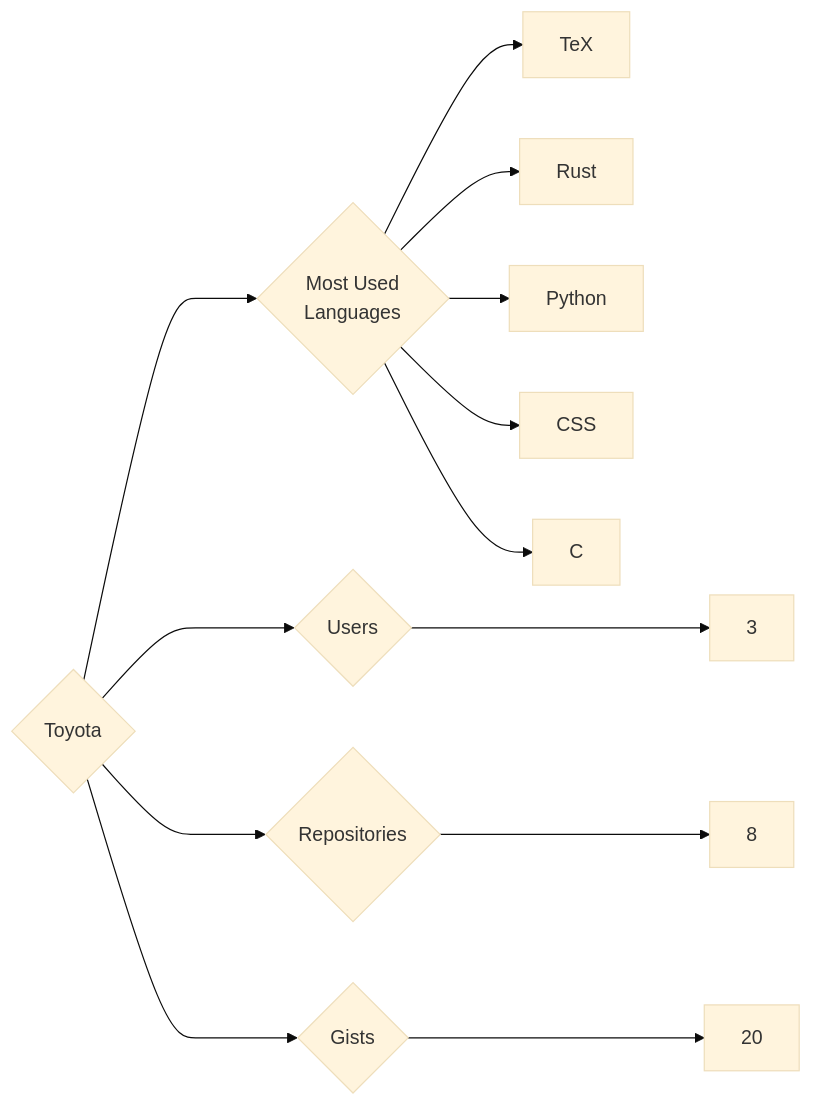
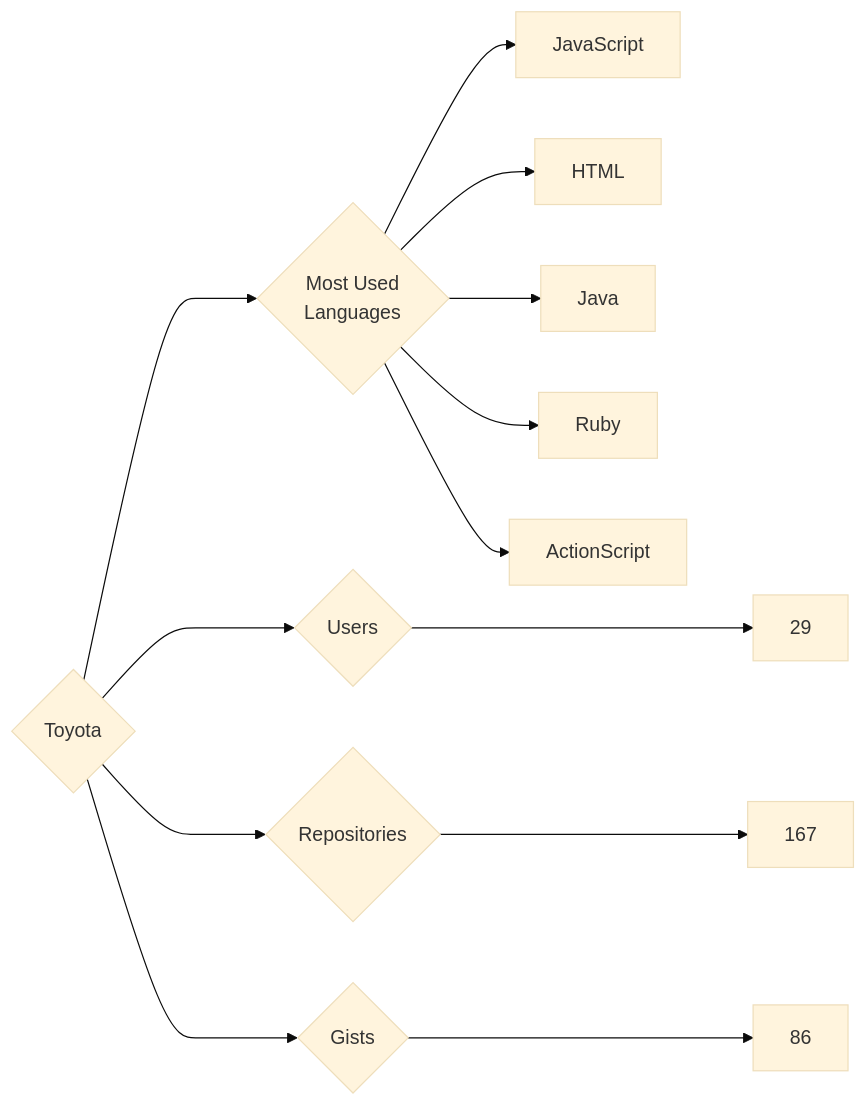
One commit to trickest/insiders changed the diagram in targets/Toyota/README.md. Above: the diagram before and after it, drawn with Mermaid (base theme). The commit also changed 814 other files, not shown here.

````diff
--- a/targets/Toyota/README.md
+++ b/targets/Toyota/README.md
@@ -3,13 +3,13 @@
 ```mermaid
 graph LR
 COMPANY_NAME{Toyota}
-COMPANY_NAME ---> U{Users} ---> UN[3]
-COMPANY_NAME ---> R{Repositories} ---> RN[8]
-COMPANY_NAME ---> G{Gists} ---> GN[20]
+COMPANY_NAME ---> U{Users} ---> UN[29]
+COMPANY_NAME ---> R{Repositories} ---> RN[167]
+COMPANY_NAME ---> G{Gists} ---> GN[86]
 COMPANY_NAME ---> ML{Most Used<br>Languages}
-ML --> TeX[TeX]
-ML --> Rust[Rust]
-ML --> Python[Python]
-ML --> CSS[CSS]
-ML --> C[C]
+ML --> JavaScript[JavaScript]
+ML --> HTML[HTML]
+ML --> Java[Java]
+ML --> Ruby[Ruby]
+ML --> ActionScript[ActionScript]
 ```
````
